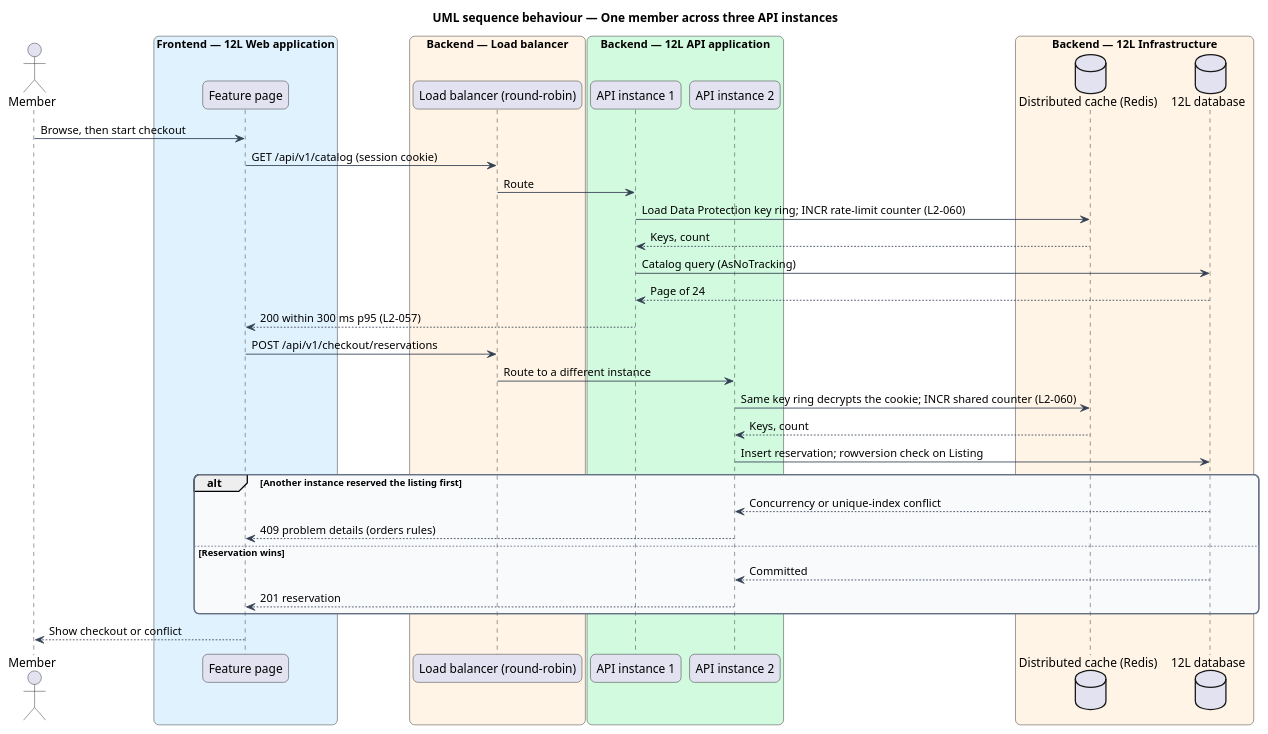
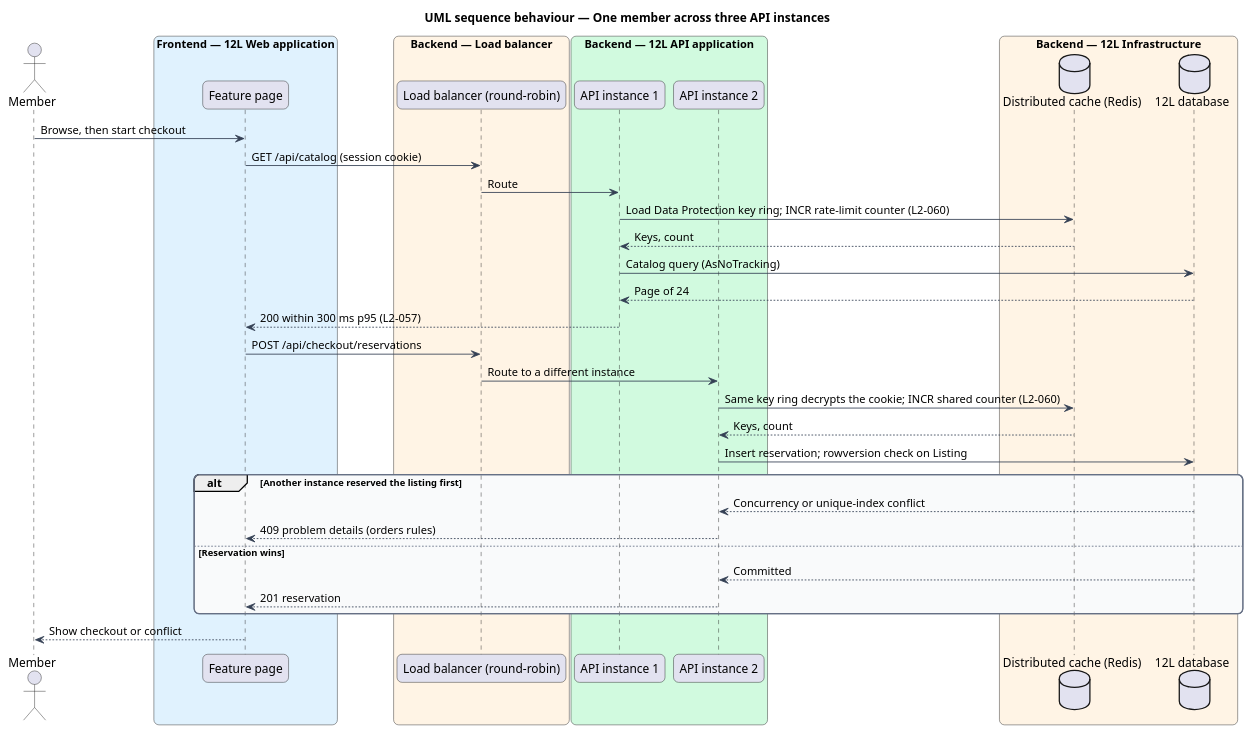
The diagram in docs/detailed-designs/platform/meet-performance-and-scale/diagrams/sequence-request-across-instances.puml (QuinntyneBrown/12l), drawn with PlantUML before and after one commit. The commit also changed 28 other files, not shown here.

```diff
--- a/docs/detailed-designs/platform/meet-performance-and-scale/diagrams/sequence-request-across-instances.puml
+++ b/docs/detailed-designs/platform/meet-performance-and-scale/diagrams/sequence-request-across-instances.puml
@@ -1,53 +1,53 @@
 @startuml
 title UML sequence behaviour — One member across three API instances
 skinparam backgroundColor #FFFFFF
 skinparam shadowing false
 skinparam roundcorner 12
 skinparam defaultFontName Arial
 skinparam ArrowColor #344054
 skinparam rectangle {
   BorderColor #344054
   FontColor #101828
 }
 skinparam package {
   BorderColor #667085
   FontColor #101828
   BackgroundColor #F9FAFB
 }
 actor "Member" as actor
 box "Frontend — 12L Web application" #E0F2FE
   participant "Feature page" as page
 end box
 box "Backend — Load balancer" #FFF4E5
   participant "Load balancer (round-robin)" as lb
 end box
 box "Backend — 12L API application" #D1FADF
   participant "API instance 1" as a1
   participant "API instance 2" as a2
 end box
 box "Backend — 12L Infrastructure" #FFF4E5
   database "Distributed cache (Redis)" as redis
   database "12L database" as db
 end box
 actor -> page : Browse, then start checkout
-page -> lb : GET /api/v1/catalog (session cookie)
+page -> lb : GET /api/catalog (session cookie)
 lb -> a1 : Route
 a1 -> redis : Load Data Protection key ring; INCR rate-limit counter (L2-060)
 redis --> a1 : Keys, count
 a1 -> db : Catalog query (AsNoTracking)
 db --> a1 : Page of 24
 a1 --> page : 200 within 300 ms p95 (L2-057)
-page -> lb : POST /api/v1/checkout/reservations
+page -> lb : POST /api/checkout/reservations
 lb -> a2 : Route to a different instance
 a2 -> redis : Same key ring decrypts the cookie; INCR shared counter (L2-060)
 redis --> a2 : Keys, count
 a2 -> db : Insert reservation; rowversion check on Listing
 alt Another instance reserved the listing first
   db --> a2 : Concurrency or unique-index conflict
   a2 --> page : 409 problem details (orders rules)
 else Reservation wins
   db --> a2 : Committed
   a2 --> page : 201 reservation
 end
 page --> actor : Show checkout or conflict
 @enduml
```
